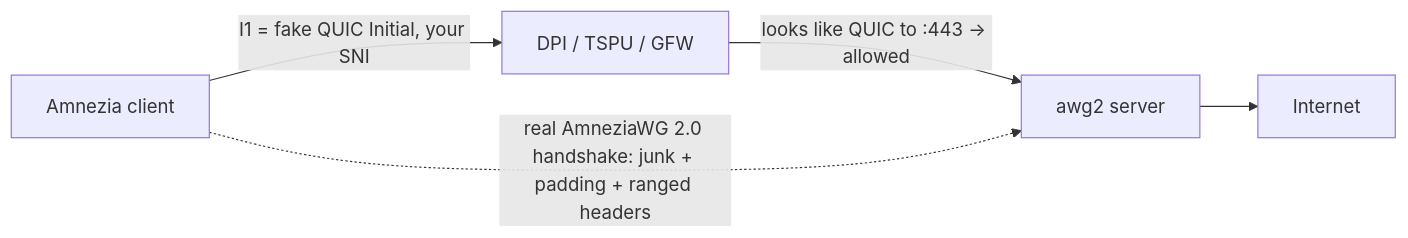
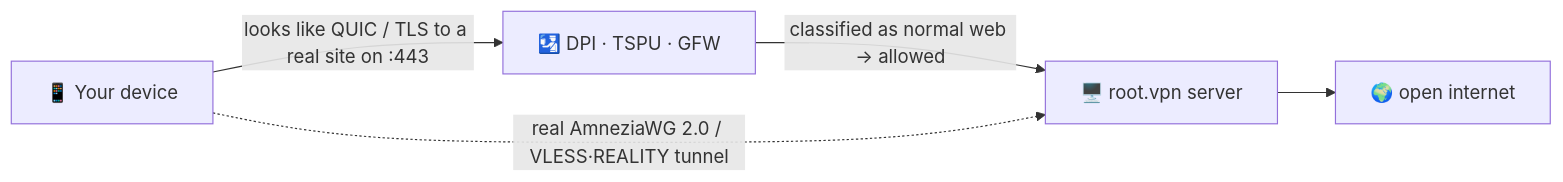
The diagram in README.md (vektort13/root.vpn), drawn with Mermaid before and after one commit. The commit also changed other lines of this file and 3 other files, not shown here.

````diff
--- a/README.md
+++ b/README.md
@@ -44,7 +62,7 @@
 ```mermaid
 flowchart LR
-    C["Amnezia client"] -->|"I1 = fake QUIC Initial, your SNI"| DPI["DPI / TSPU / GFW"]
-    DPI -->|"looks like QUIC to :443 -> allowed"| S["awg2 server"]
-    C -. "real AmneziaWG 2.0 handshake: junk + padding + ranged headers" .-> S
-    S --> NET["Internet"]
+    C["📱 Your device"] -->|"looks like QUIC / TLS to a real site on :443"| DPI["🛂 DPI · TSPU · GFW"]
+    DPI -->|"classified as normal web → allowed"| S["🖥️ root.vpn server"]
+    C -. "real AmneziaWG 2.0 / VLESS·REALITY tunnel" .-> S
+    S --> NET["🌍 open internet"]
 ```
````
